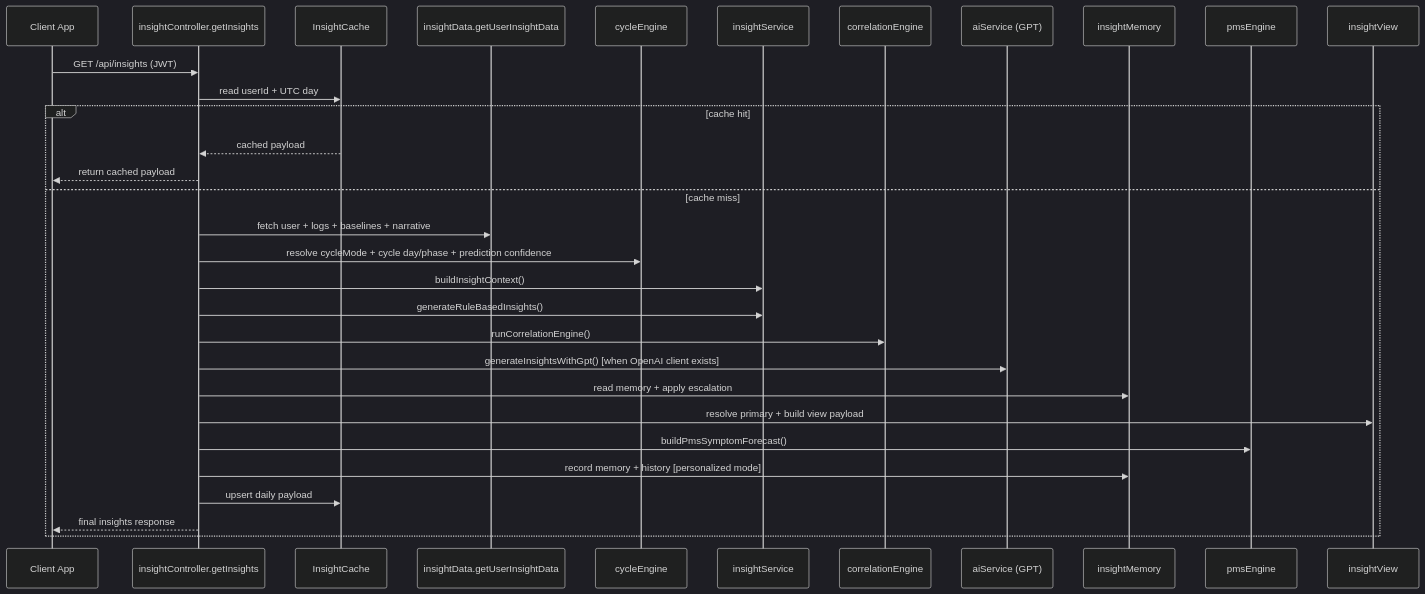
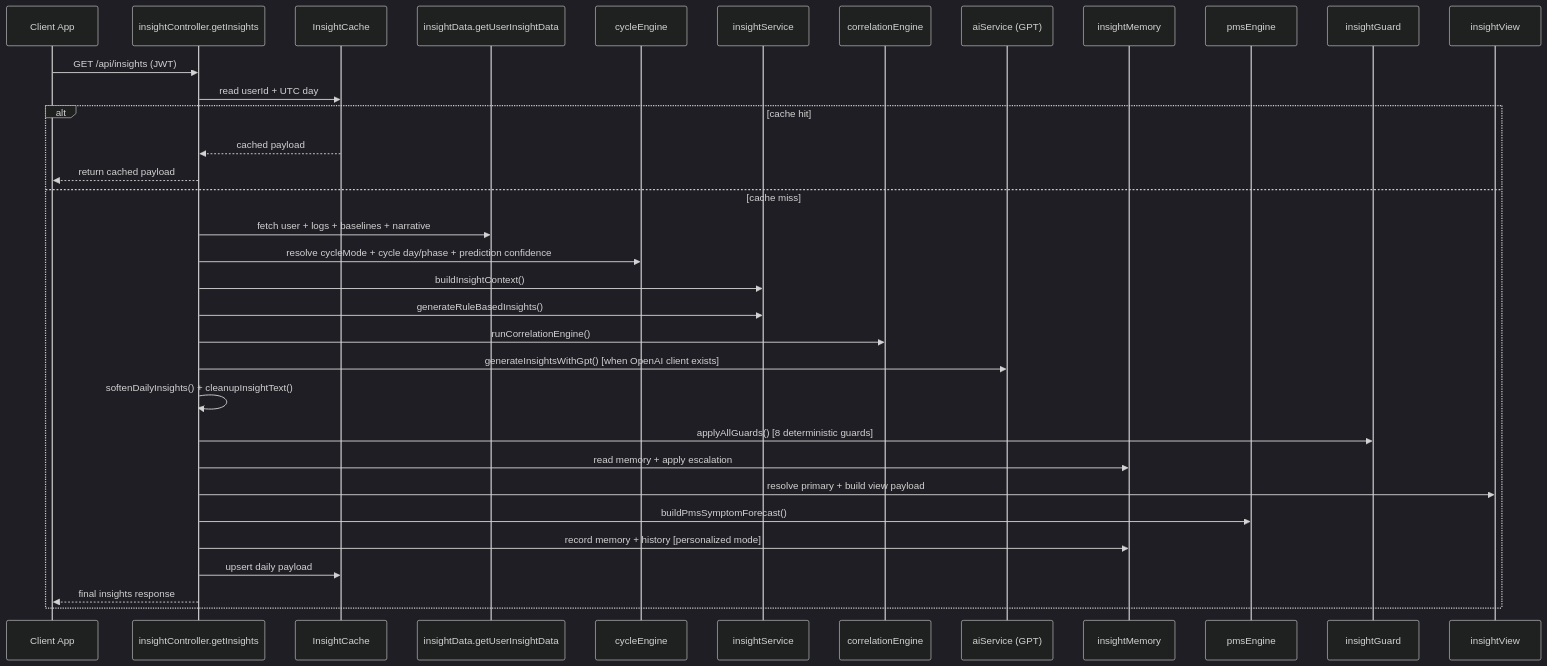
One commit to abhirajsinha/vyana-backend changed the first of 2 diagrams in INSIGHTS_FLOW_DETAILED.md. Above: the diagram before and after it, drawn with Mermaid (dark theme). The commit also changed other lines of this file and 12 other files, not shown here.

````diff
--- a/INSIGHTS_FLOW_DETAILED.md
+++ b/INSIGHTS_FLOW_DETAILED.md
@@ -44,34 +47,37 @@
 ```mermaid
 sequenceDiagram
   participant App as Client App
   participant IC as insightController.getInsights
   participant Cache as InsightCache
   participant Data as insightData.getUserInsightData
   participant Cycle as cycleEngine
   participant Engine as insightService
   participant Corr as correlationEngine
   participant AI as aiService (GPT)
   participant Mem as insightMemory
   participant PMS as pmsEngine
+  participant Guard as insightGuard
   participant View as insightView
 
   App->>IC: GET /api/insights (JWT)
   IC->>Cache: read userId + UTC day
   alt cache hit
     Cache-->>IC: cached payload
     IC-->>App: return cached payload
   else cache miss
     IC->>Data: fetch user + logs + baselines + narrative
     IC->>Cycle: resolve cycleMode + cycle day/phase + prediction confidence
     IC->>Engine: buildInsightContext()
     IC->>Engine: generateRuleBasedInsights()
     IC->>Corr: runCorrelationEngine()
     IC->>AI: generateInsightsWithGpt() [when OpenAI client exists]
+    IC->>IC: softenDailyInsights() + cleanupInsightText()
+    IC->>Guard: applyAllGuards() [8 deterministic guards]
     IC->>Mem: read memory + apply escalation
     IC->>View: resolve primary + build view payload
     IC->>PMS: buildPmsSymptomForecast()
     IC->>Mem: record memory + history [personalized mode]
     IC->>Cache: upsert daily payload
     IC-->>App: final insights response
   end
 ```
````
